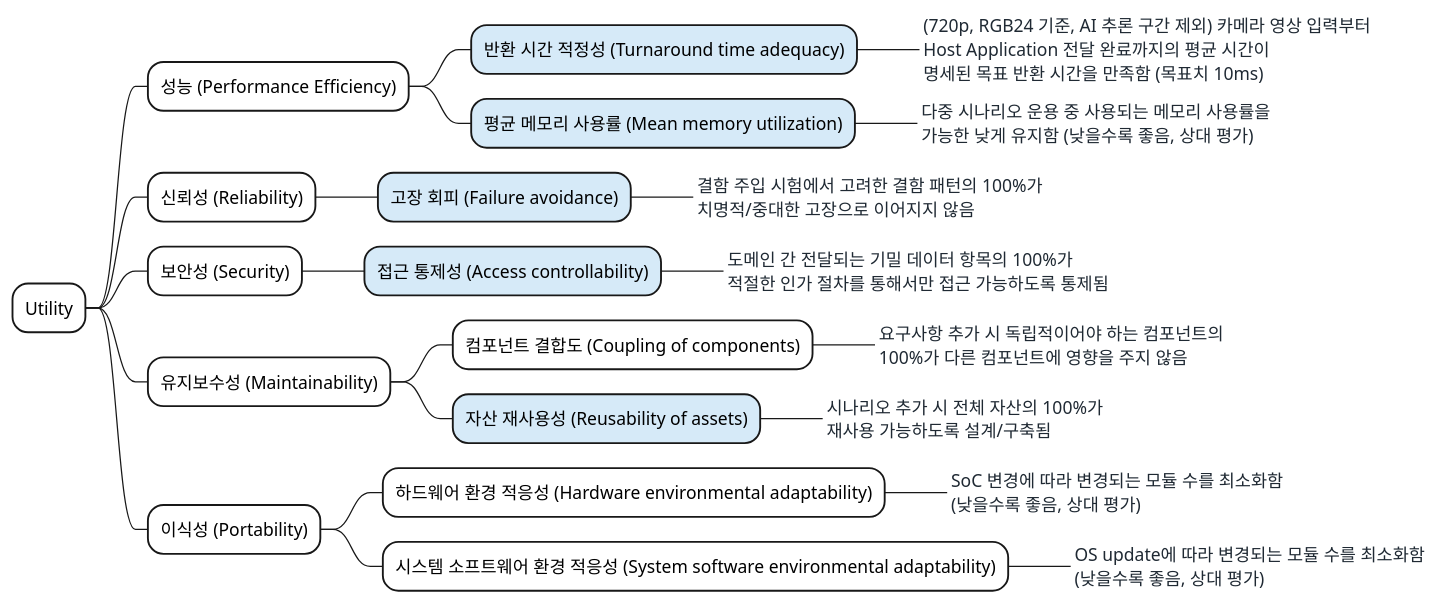
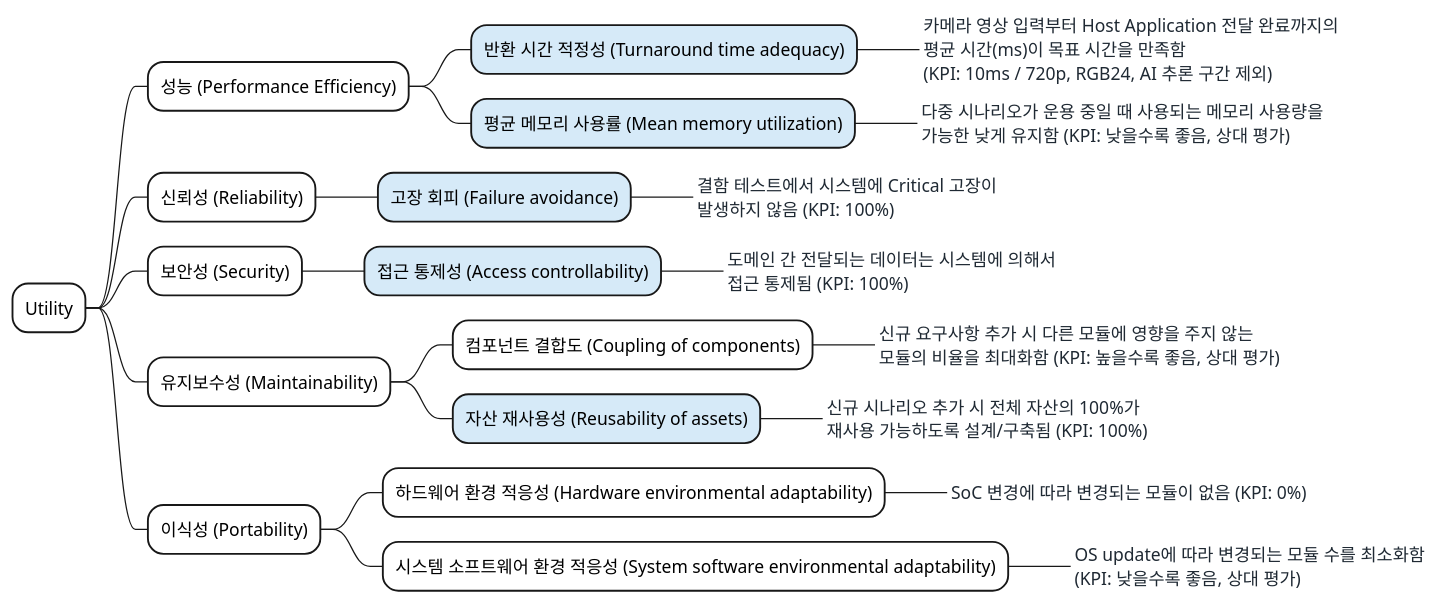
Before and after one commit to boram1288/test-p: the diagram in docs/03_utility_tree.md, drawn with PlantUML. The commit also changed other lines of this file, not shown here.

Commit message:
docs: 섹션 2 utility tree 리프 설명을 섹션 3 테이블 기준으로 동기화 (03_utility_tree.md)

````diff
--- a/docs/03_utility_tree.md
+++ b/docs/03_utility_tree.md
@@ -28,33 +28,33 @@
 ```plantuml
 @startmindmap
 <style>
 mindmapDiagram {
   boxless {
     FontColor #1F2933
   }
 }
 </style>
 *[#FFFFFF] Utility
 **[#FFFFFF] 성능 (Performance Efficiency)
 ***[#D6EAF8] 반환 시간 적정성 (Turnaround time adequacy)
-****_ (720p, RGB24 기준, AI 추론 구간 제외) 카메라 영상 입력부터\nHost Application 전달 완료까지의 평균 시간이\n명세된 목표 반환 시간을 만족함 (목표치 10ms)
+****_ 카메라 영상 입력부터 Host Application 전달 완료까지의\n평균 시간(ms)이 목표 시간을 만족함\n(KPI: 10ms / 720p, RGB24, AI 추론 구간 제외)
 ***[#D6EAF8] 평균 메모리 사용률 (Mean memory utilization)
-****_ 다중 시나리오 운용 중 사용되는 메모리 사용률을\n가능한 낮게 유지함 (낮을수록 좋음, 상대 평가)
+****_ 다중 시나리오가 운용 중일 때 사용되는 메모리 사용량을\n가능한 낮게 유지함 (KPI: 낮을수록 좋음, 상대 평가)
 **[#FFFFFF] 신뢰성 (Reliability)
 ***[#D6EAF8] 고장 회피 (Failure avoidance)
-****_ 결함 주입 시험에서 고려한 결함 패턴의 100%가\n치명적/중대한 고장으로 이어지지 않음
+****_ 결함 테스트에서 시스템에 Critical 고장이\n발생하지 않음 (KPI: 100%)
 **[#FFFFFF] 보안성 (Security)
 ***[#D6EAF8] 접근 통제성 (Access controllability)
-****_ 도메인 간 전달되는 기밀 데이터 항목의 100%가\n적절한 인가 절차를 통해서만 접근 가능하도록 통제됨
+****_ 도메인 간 전달되는 데이터는 시스템에 의해서\n접근 통제됨 (KPI: 100%)
 **[#FFFFFF] 유지보수성 (Maintainability)
 ***[#FFFFFF] 컴포넌트 결합도 (Coupling of components)
-****_ 요구사항 추가 시 독립적이어야 하는 컴포넌트의\n100%가 다른 컴포넌트에 영향을 주지 않음
+****_ 신규 요구사항 추가 시 다른 모듈에 영향을 주지 않는\n모듈의 비율을 최대화함 (KPI: 높을수록 좋음, 상대 평가)
 ***[#D6EAF8] 자산 재사용성 (Reusability of assets)
-****_ 시나리오 추가 시 전체 자산의 100%가\n재사용 가능하도록 설계/구축됨
+****_ 신규 시나리오 추가 시 전체 자산의 100%가\n재사용 가능하도록 설계/구축됨 (KPI: 100%)
 **[#FFFFFF] 이식성 (Portability)
 ***[#FFFFFF] 하드웨어 환경 적응성 (Hardware environmental adaptability)
-****_ SoC 변경에 따라 변경되는 모듈 수를 최소화함\n(낮을수록 좋음, 상대 평가)
+****_ SoC 변경에 따라 변경되는 모듈이 없음 (KPI: 0%)
 ***[#FFFFFF] 시스템 소프트웨어 환경 적응성 (System software environmental adaptability)
-****_ OS update에 따라 변경되는 모듈 수를 최소화함\n(낮을수록 좋음, 상대 평가)
+****_ OS update에 따라 변경되는 모듈 수를 최소화함\n(KPI: 낮을수록 좋음, 상대 평가)
 @endmindmap
 ```
````
